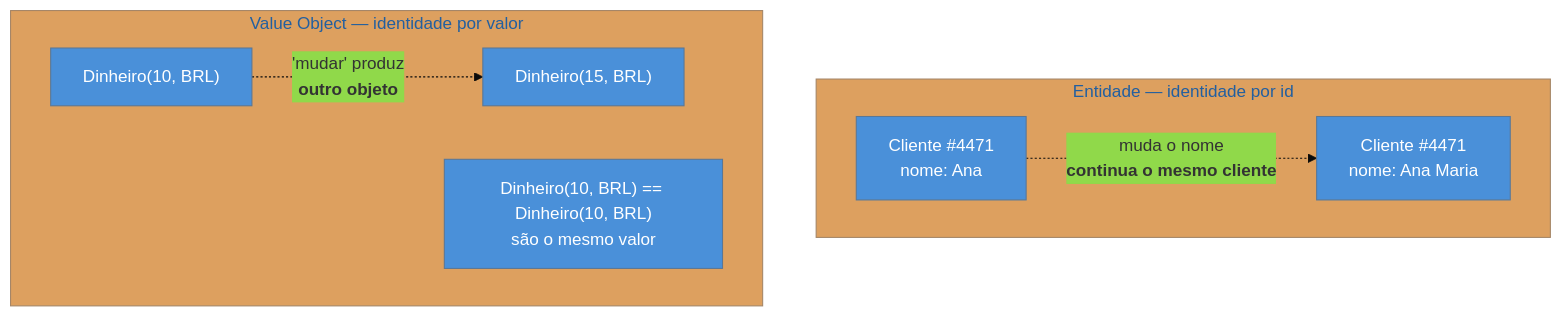
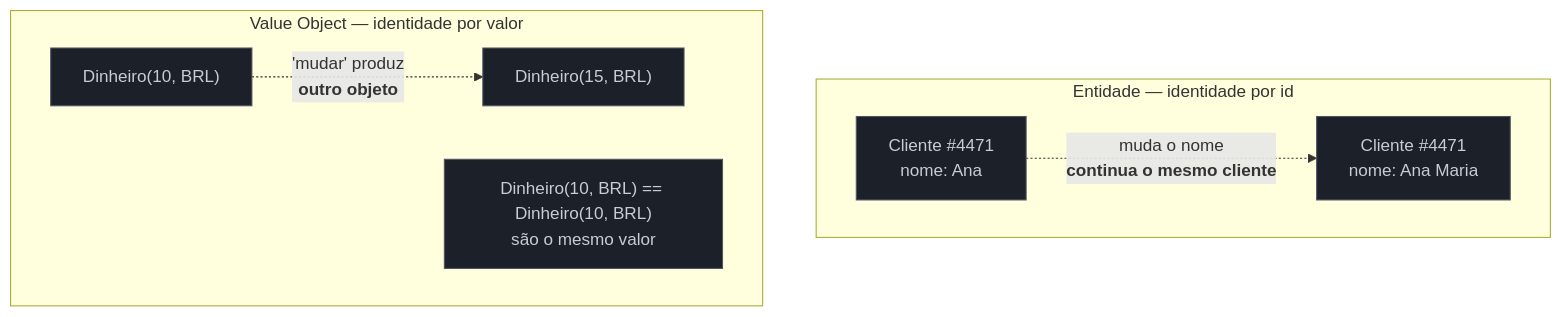
The diagram in 03-Dominios/Engenharia/Design de Software/Padrões de Projeto/Aplicação Corporativa/13 - Value Object + Money.md (josenaldo/codex-technomanticus), drawn with Mermaid before and after one commit. The commit also changed 1181 other files, not shown here.

First line of the commit message:
fix(diagramas): paleta do sistema no lugar de cor cravada no markdown

````diff
--- a/03-Dominios/Engenharia/Design de Software/Padrões de Projeto/Aplicação Corporativa/13 - Value Object + Money.md
+++ b/03-Dominios/Engenharia/Design de Software/Padrões de Projeto/Aplicação Corporativa/13 - Value Object + Money.md
@@ -50,18 +50,18 @@
 ```mermaid
-%%{init: {"theme": "base", "themeVariables": {"primaryColor": "#4A90D9"}}}%%
 graph TD
+    classDef neutro fill:#1B2029,stroke:#4E5666,color:#C6CCD8
     subgraph E["Entidade — identidade por id"]
         E1["Cliente #4471<br/>nome: Ana"] -.->|"muda o nome<br/><b>continua o mesmo cliente</b>"| E2["Cliente #4471<br/>nome: Ana Maria"]
     end
 
     subgraph V["Value Object — identidade por valor"]
         V1["Dinheiro(10, BRL)"] -.->|"'mudar' produz<br/><b>outro objeto</b>"| V2["Dinheiro(15, BRL)"]
         V3["Dinheiro(10, BRL) == Dinheiro(10, BRL)<br/>são o mesmo valor"]
     end
 
-    style E1 fill:#4A90D9,color:#fff
-    style E2 fill:#4A90D9,color:#fff
-    style V1 fill:#4A90D9,color:#fff
-    style V2 fill:#4A90D9,color:#fff
-    style V3 fill:#4A90D9,color:#fff
+    class E1 neutro
+    class E2 neutro
+    class V1 neutro
+    class V2 neutro
+    class V3 neutro
 ```
````
